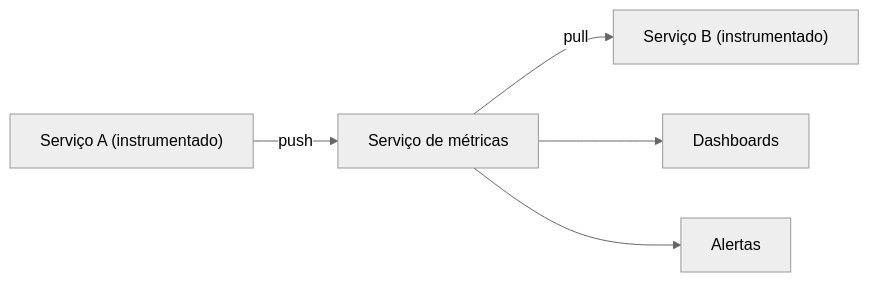
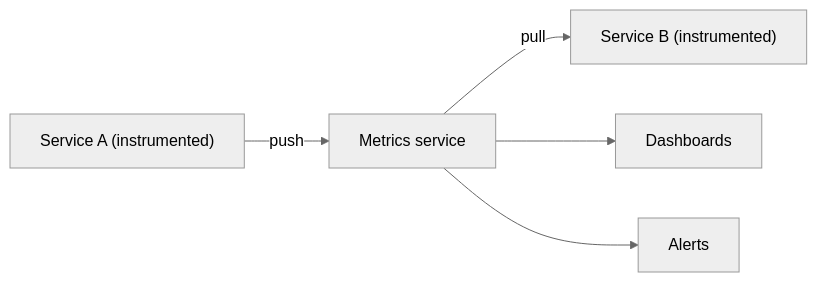
Before and after one commit to alancesar/design-patterns: the diagram in docs/architecture/microservices/observability/application-metrics.md, drawn with Mermaid (neutral theme). The commit also changed 258 other files, not shown here.

First line of the commit message:
Translate Mermaid diagrams to English

````diff
--- a/docs/architecture/microservices/observability/application-metrics.md
+++ b/docs/architecture/microservices/observability/application-metrics.md
@@ -52,13 +52,13 @@
 ```mermaid
 flowchart LR
-    S1["Serviço A (instrumentado)"]
-    S2["Serviço B (instrumentado)"]
-    M["Serviço de métricas"]
+    S1["Service A (instrumented)"]
+    S2["Service B (instrumented)"]
+    M["Metrics service"]
     D["Dashboards"]
-    AL["Alertas"]
+    AL["Alerts"]
 
     S1 -->|"push"| M
     M -->|"pull"| S2
     M --> D
     M --> AL
 ```
````
